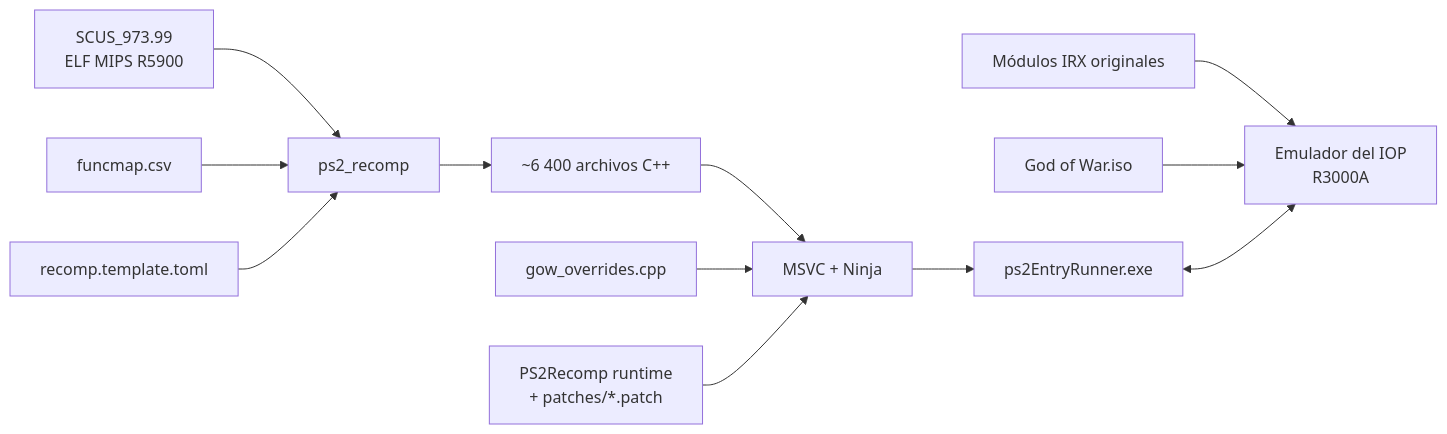
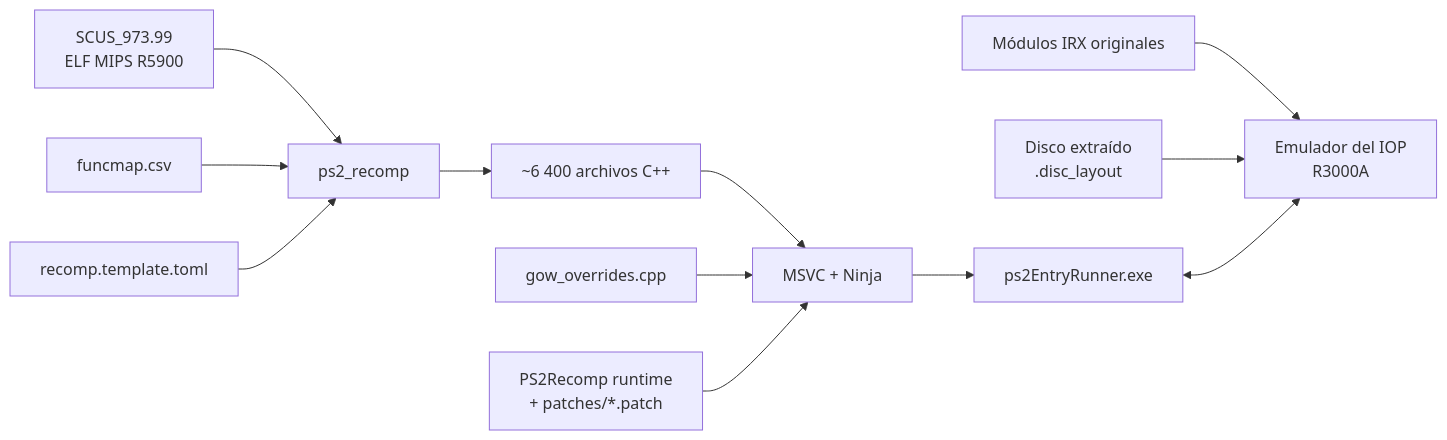
The diagram in README.es.md (KIexster/god-of-war-recomp), drawn with Mermaid before and after one commit. The commit also changed other lines of this file and 8 other files, not shown here.

````diff
--- a/README.es.md
+++ b/README.es.md
@@ -185,14 +197,14 @@
 ```mermaid
 flowchart LR
     A[SCUS_973.99<br/>ELF MIPS R5900] --> B[ps2_recomp]
     M[funcmap.csv] --> B
     C[recomp.template.toml] --> B
     B --> D[~6 400 archivos C++]
     D --> E[MSVC + Ninja]
     O[gow_overrides.cpp] --> E
     P["PS2Recomp runtime<br/>+ patches/*.patch"] --> E
     E --> F[ps2EntryRunner.exe]
     I[Módulos IRX originales] --> G[Emulador del IOP<br/>R3000A]
-    ISO[God of War.iso] --> G
+    ISO["Disco extraído<br/>.disc_layout"] --> G
     F <--> G
 ```
````
